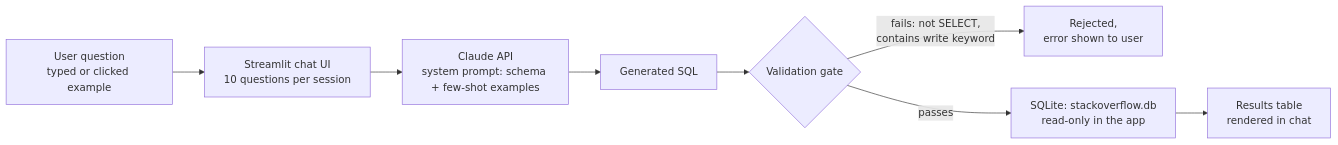
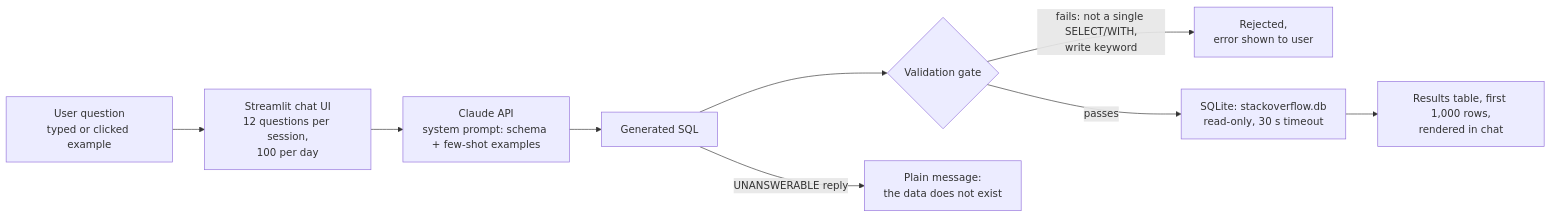
One commit to brianravelo28/stackoverflow-nlp-query-engine changed the diagram in docs/ARCHITECTURE.md. Above: the diagram before and after it, drawn with Mermaid. The commit also changed other lines of this file and 5 other files, not shown here.

````diff
--- a/docs/ARCHITECTURE.md
+++ b/docs/ARCHITECTURE.md
@@ -15,10 +14,11 @@
 ```mermaid
 flowchart LR
-    A[User question<br/>typed or clicked example] --> B[Streamlit chat UI<br/>10 questions per session]
+    A[User question<br/>typed or clicked example] --> B[Streamlit chat UI<br/>12 questions per session,<br/>100 per day]
     B --> C[Claude API<br/>system prompt: schema + few-shot examples]
     C --> D[Generated SQL]
     D --> E{Validation gate}
-    E -- fails: not SELECT,<br/>contains write keyword --> F[Rejected,<br/>error shown to user]
-    E -- passes --> G[SQLite: stackoverflow.db<br/>read-only in the app]
-    G --> H[Results table<br/>rendered in chat]
+    E -- fails: not a single SELECT/WITH,<br/>write keyword --> F[Rejected,<br/>error shown to user]
+    E -- passes --> G[SQLite: stackoverflow.db<br/>read-only, 30 s timeout]
+    G --> H[Results table, first 1,000 rows,<br/>rendered in chat]
+    D -- UNANSWERABLE reply --> I[Plain message:<br/>the data does not exist]
 ```
````
